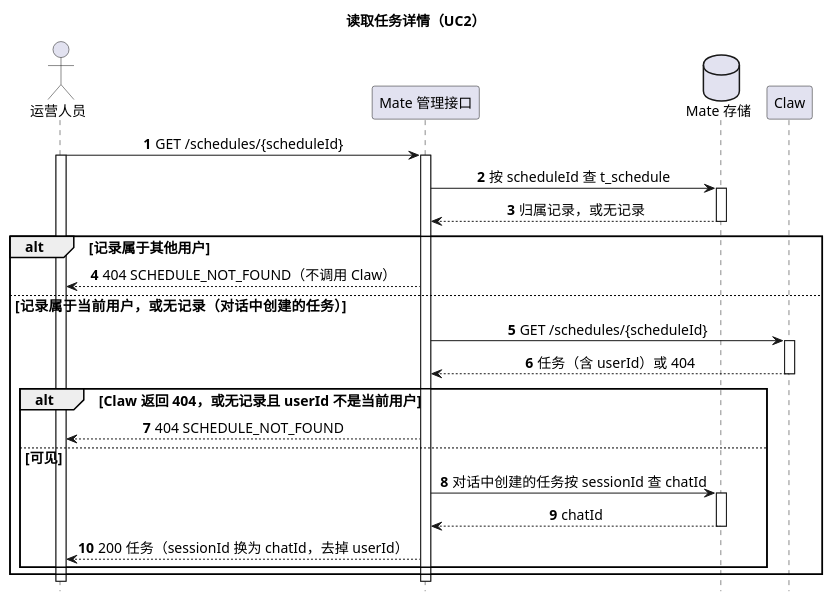
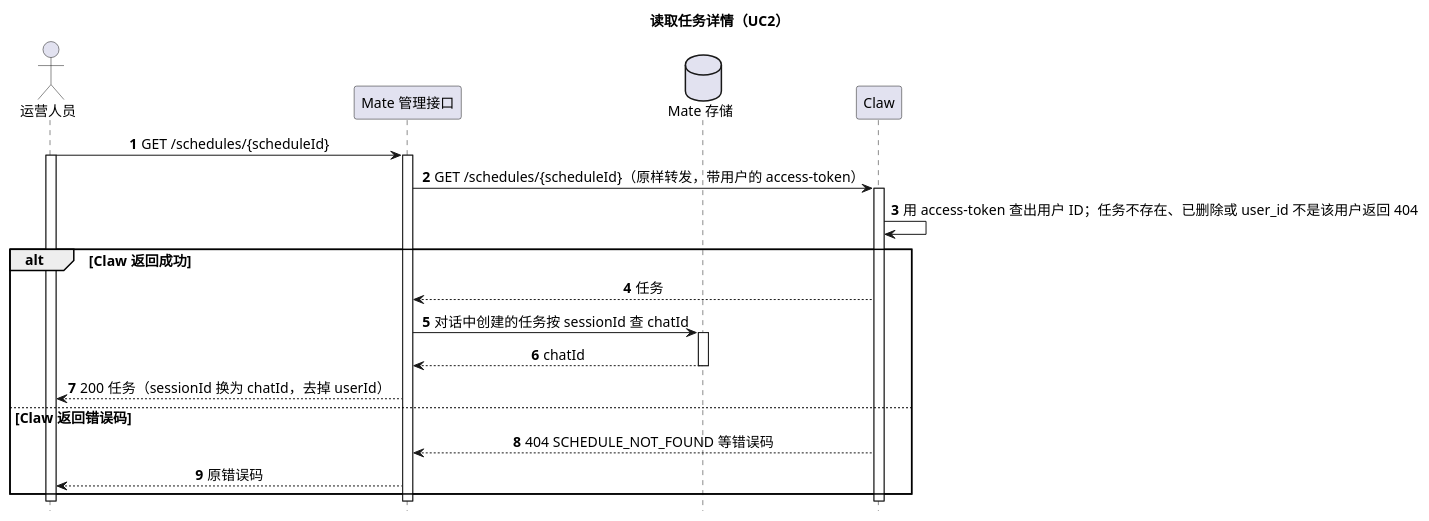
Before and after one commit to ssm0808/pi-mono-java-design: the seventh of 14 diagrams in 02-服务与接口/08-CampusMate定时任务/diagram.puml, drawn with PlantUML. The commit also changed other lines of this file and 32 other files, not shown here.

First line of the commit message:
定时任务：去掉 Mate t_schedule，任务归属只在 Claw user_id

```diff
--- a/02-服务与接口/08-CampusMate定时任务/diagram.puml
+++ b/02-服务与接口/08-CampusMate定时任务/diagram.puml
@@ -299,35 +260,32 @@
 @startuml mate_schedule_get
 ' 目标：待实现；UC2 读取一个任务的详情。
-' Claw 接口：GET /campusclaw-service/v1/schedules/{scheduleId}，见 01-总体架构/08-CampusClaw定时任务/README.md 第 4.4.3 节。
+' Claw 接口：GET /campusclaw-service/v1/schedules/{scheduleId}，见 01-总体架构/08-CampusClaw定时任务/README.md 第 4.4.3 节；按用户查询见第 4.8.3 节。
 ' mate-service 源码未核验；用户认证与权限由 Mate 框架按 access-token 在进入管理接口前完成，不在本图中。
-' 表达方式：画可见性检查的两步（先查 t_schedule，再看 Claw 资源的 userId）；Claw 不可达返回 503，见 README.md 第 4.2.8 节。
+' 表达方式：归属由 Claw 按 user_id 判断，Mate 不查本地表；Claw 不可达返回 503，见 README.md 第 4.2.8 节。
 title 读取任务详情（UC2）
 hide footbox
 skinparam backgroundColor white
 skinparam defaultFontSize 14
 skinparam sequenceMessageAlign center
 actor "运营人员" as Operator
 participant "Mate 管理接口" as Mate
 database "Mate 存储" as MateStore
 participant "Claw" as Claw
 autonumber
 Operator -> Mate ++ : GET /schedules/{scheduleId}
 activate Operator
-Mate -> MateStore ++ : 按 scheduleId 查 t_schedule
-return 归属记录，或无记录
-alt 记录属于其他用户
-  Mate --> Operator : 404 SCHEDULE_NOT_FOUND（不调用 Claw）
-else 记录属于当前用户，或无记录（对话中创建的任务）
-  Mate -> Claw ++ : GET /schedules/{scheduleId}
-  return 任务（含 userId）或 404
-  alt Claw 返回 404，或无记录且 userId 不是当前用户
-    Mate --> Operator : 404 SCHEDULE_NOT_FOUND
-  else 可见
-    Mate -> MateStore ++ : 对话中创建的任务按 sessionId 查 chatId
-    return chatId
-    Mate --> Operator : 200 任务（sessionId 换为 chatId，去掉 userId）
-  end
+Mate -> Claw ++ : GET /schedules/{scheduleId}（原样转发，带用户的 access-token）
+Claw -> Claw : 用 access-token 查出用户 ID；任务不存在、已删除或 user_id 不是该用户返回 404
+alt Claw 返回成功
+  Claw --> Mate : 任务
+  Mate -> MateStore ++ : 对话中创建的任务按 sessionId 查 chatId
+  return chatId
+  Mate --> Operator : 200 任务（sessionId 换为 chatId，去掉 userId）
+else Claw 返回错误码
+  Claw --> Mate : 404 SCHEDULE_NOT_FOUND 等错误码
+  Mate --> Operator : 原错误码
 end
+deactivate Claw
 deactivate Mate
 deactivate Operator
 @enduml
```
